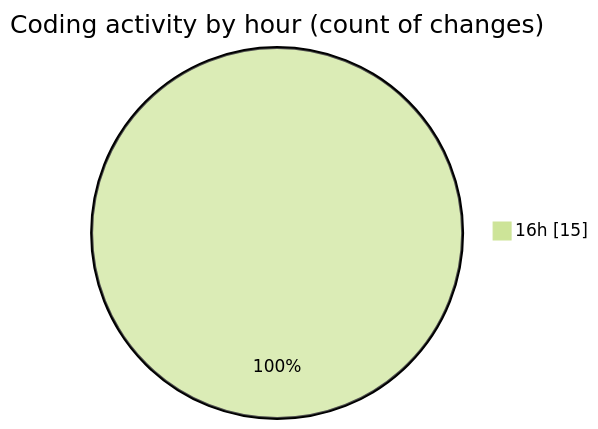
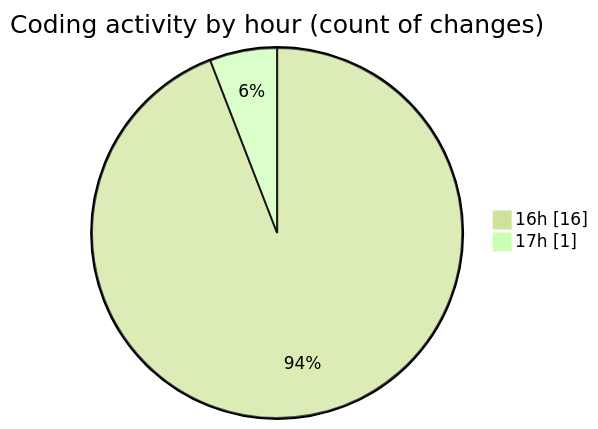
Before and after one commit to Elitesun/code-tracking: the second of 2 diagrams in 2025-02-20/gymmanager/README.md, drawn with Mermaid (forest theme). The commit also changed other lines of this file and 1 other file, not shown here.

````diff
--- a/2025-02-20/gymmanager/README.md
+++ b/2025-02-20/gymmanager/README.md
@@ -35,5 +35,6 @@
 ```mermaid
 pie showData
 title Coding activity by hour (count of changes)
-"16h" : 15
+"16h" : 16
+"17h" : 1
 ```
````
